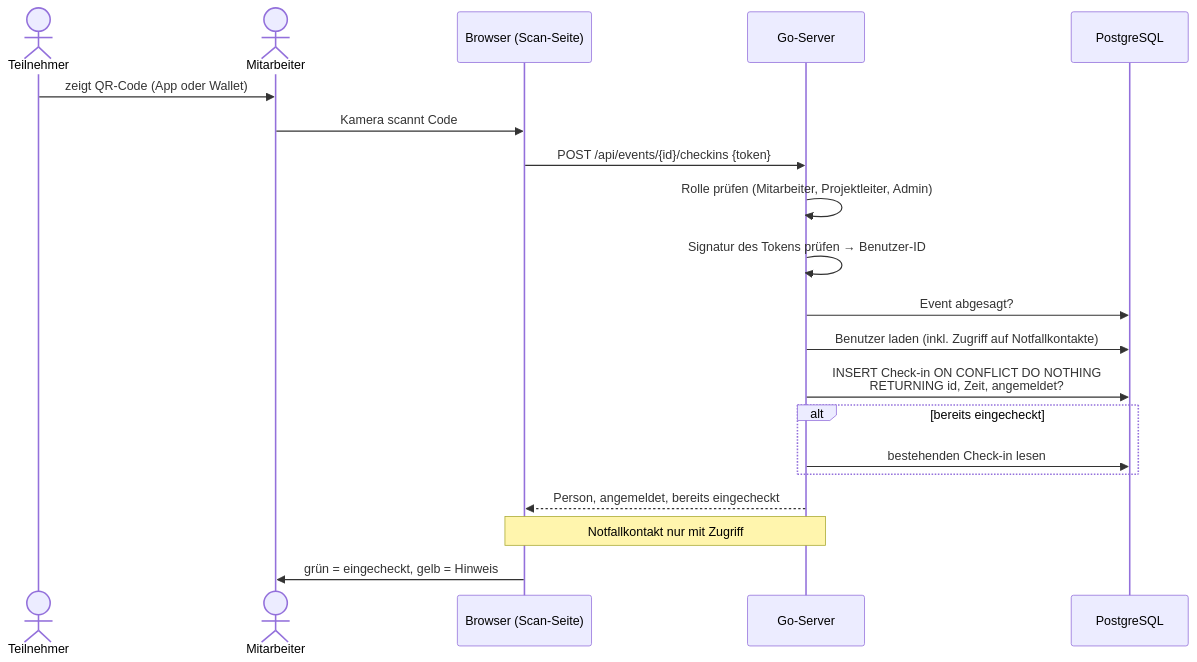
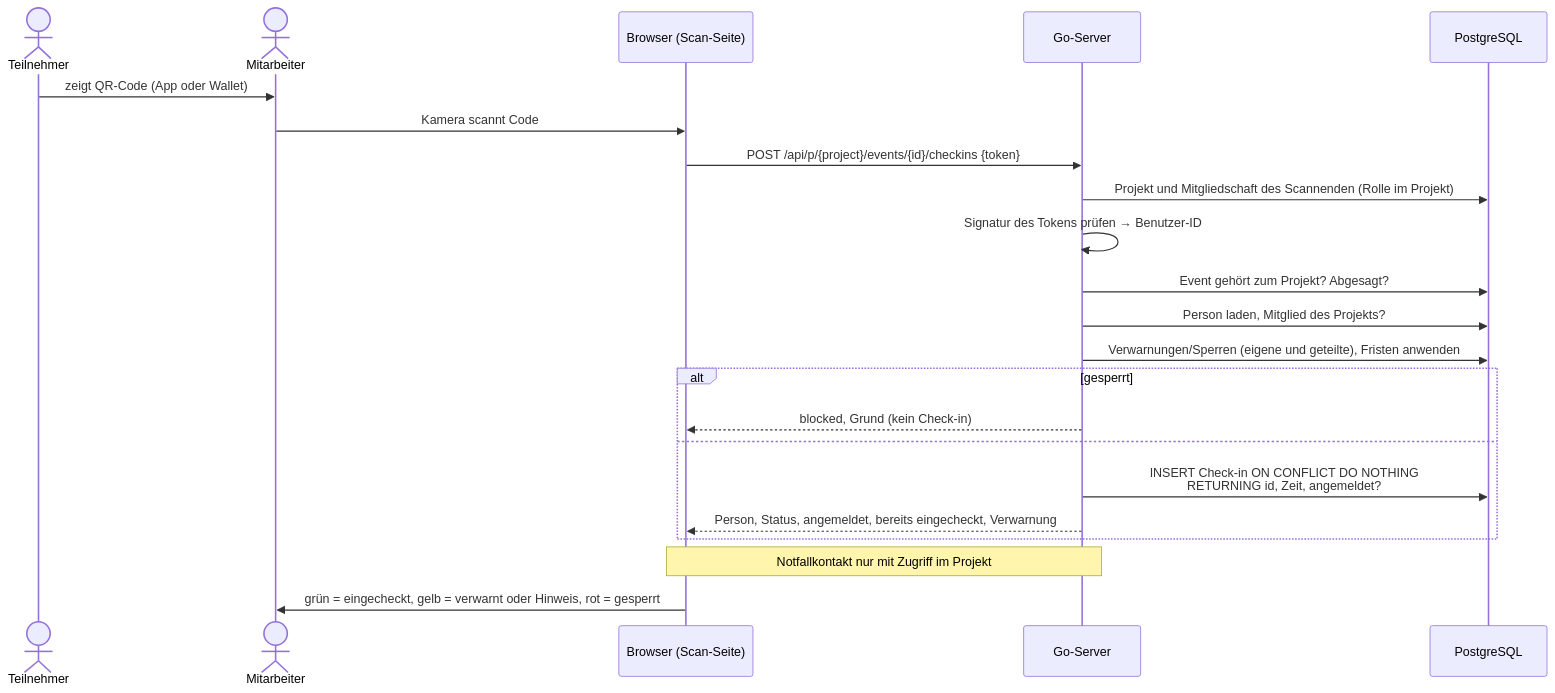
The fifth of 8 diagrams in docs/architektur.md (tribock/midnightsports), drawn with Mermaid before and after one commit. The commit also changed other lines of this file and 60 other files, not shown here.

````diff
--- a/docs/architektur.md
+++ b/docs/architektur.md
@@ -240,23 +381,25 @@
 ```mermaid
 sequenceDiagram
     actor T as Teilnehmer
     actor M as Mitarbeiter
     participant B as Browser (Scan-Seite)
     participant S as Go-Server
     participant DB as PostgreSQL
 
     T->>M: zeigt QR-Code (App oder Wallet)
     M->>B: Kamera scannt Code
-    B->>S: POST /api/events/{id}/checkins {token}
-    S->>S: Rolle prüfen (Mitarbeiter, Projektleiter, Admin)
+    B->>S: POST /api/p/{project}/events/{id}/checkins {token}
+    S->>DB: Projekt und Mitgliedschaft des Scannenden (Rolle im Projekt)
     S->>S: Signatur des Tokens prüfen → Benutzer-ID
-    S->>DB: Event abgesagt?
-    S->>DB: Benutzer laden (inkl. Zugriff auf Notfallkontakte)
-    S->>DB: INSERT Check-in ON CONFLICT DO NOTHING<br/>RETURNING id, Zeit, angemeldet?
-    alt bereits eingecheckt
-        S->>DB: bestehenden Check-in lesen
+    S->>DB: Event gehört zum Projekt? Abgesagt?
+    S->>DB: Person laden, Mitglied des Projekts?
+    S->>DB: Verwarnungen/Sperren (eigene und geteilte), Fristen anwenden
+    alt gesperrt
+        S-->>B: blocked, Grund (kein Check-in)
+    else
+        S->>DB: INSERT Check-in ON CONFLICT DO NOTHING<br/>RETURNING id, Zeit, angemeldet?
+        S-->>B: Person, Status, angemeldet, bereits eingecheckt, Verwarnung
     end
-    S-->>B: Person, angemeldet, bereits eingecheckt
-    Note over S,B: Notfallkontakt nur mit Zugriff
-    B->>M: grün = eingecheckt, gelb = Hinweis
+    Note over S,B: Notfallkontakt nur mit Zugriff im Projekt
+    B->>M: grün = eingecheckt, gelb = verwarnt oder Hinweis, rot = gesperrt
 ```
````
